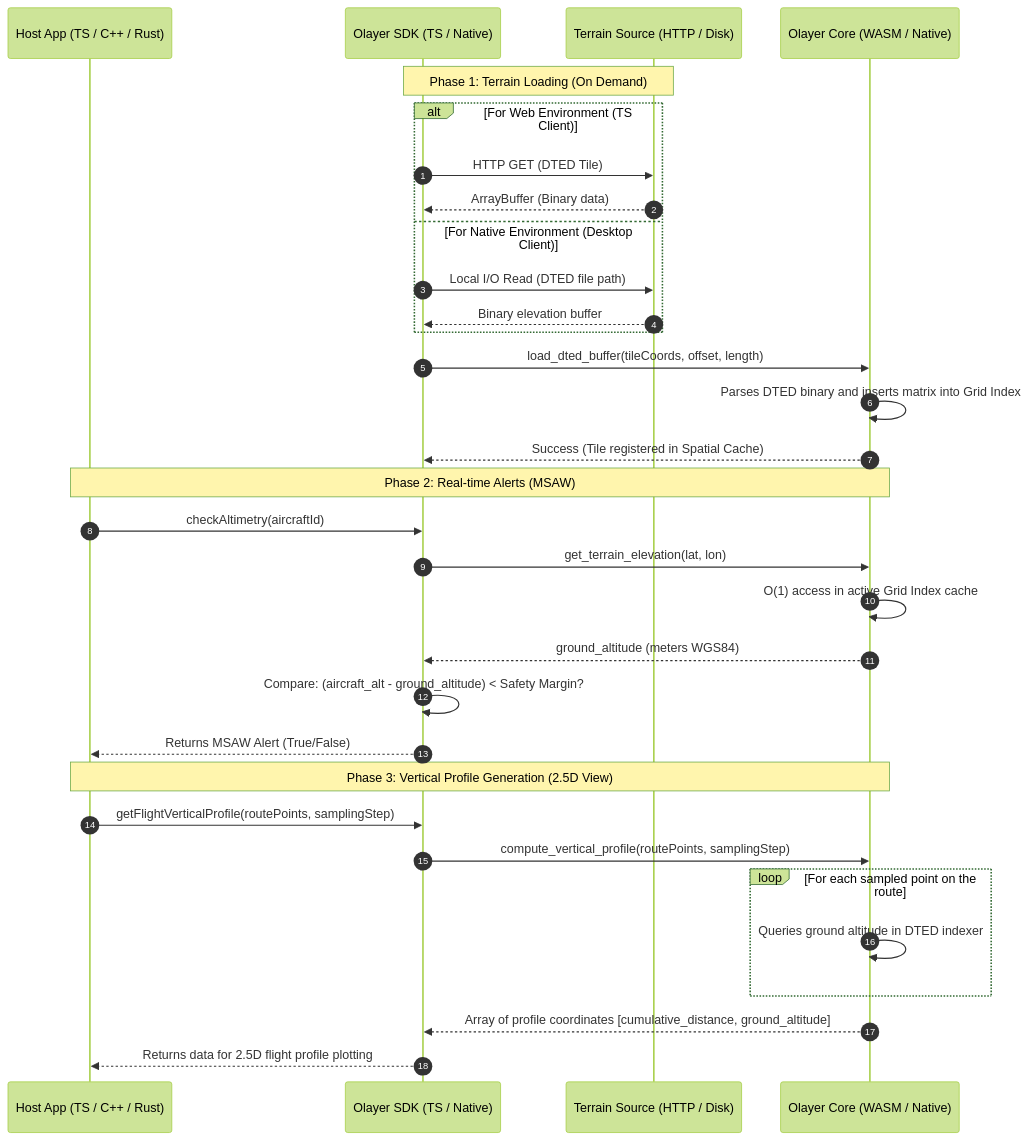
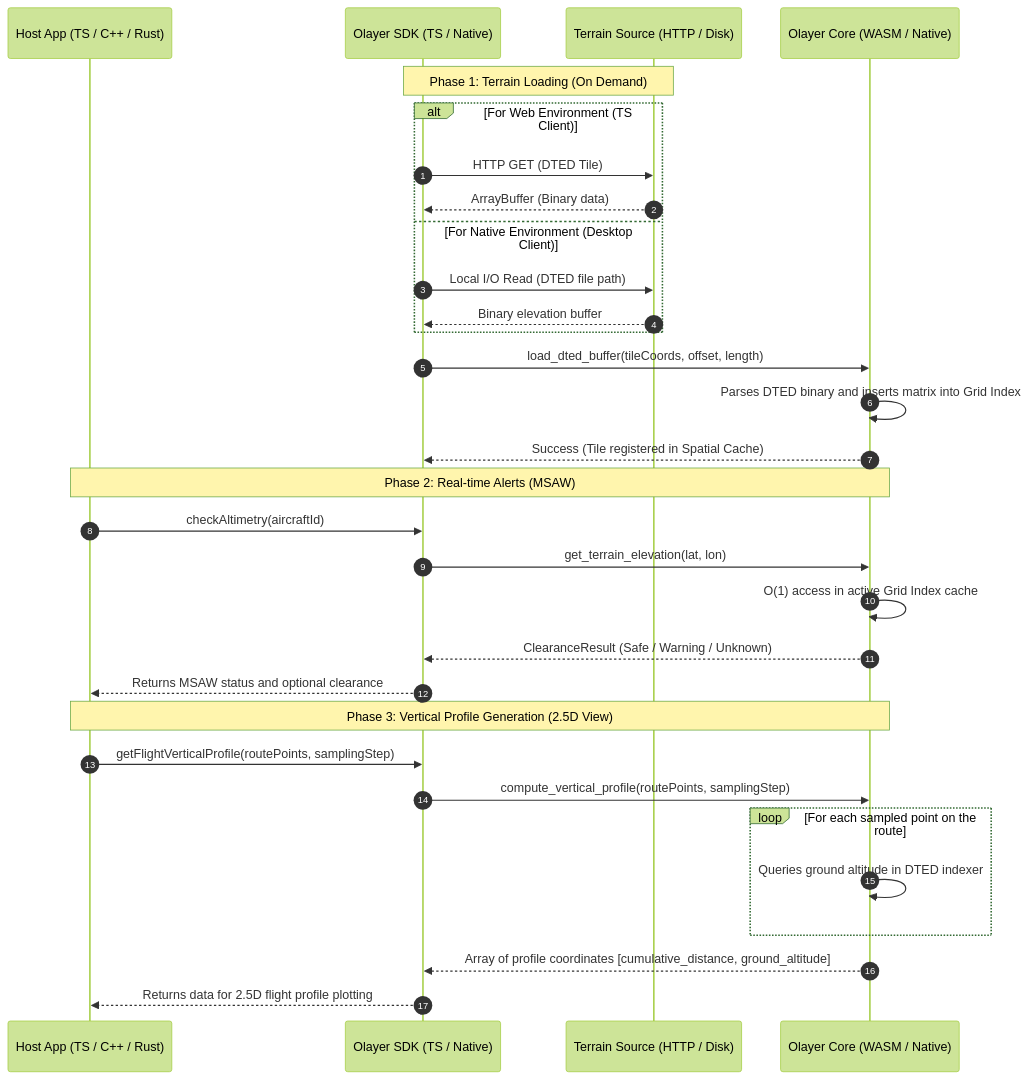
Before and after one commit to rodoni/olayer: the fifth of 5 diagrams in docs/arch.md, drawn with Mermaid (forest theme). The commit also changed other lines of this file and 15 other files, not shown here.

Commit message:
docs: synchronize current APIs and architecture

````diff
--- a/docs/arch.md
+++ b/docs/arch.md
@@ -296,37 +296,36 @@
 ```mermaid
 sequenceDiagram
     autonumber
     participant Host as Host App (TS / C++ / Rust)
     participant SDK as Olayer SDK (TS / Native)
     participant Source as Terrain Source (HTTP / Disk)
     participant Core as Olayer Core (WASM / Native)
 
     Note over SDK, Source: Phase 1: Terrain Loading (On Demand)
     alt For Web Environment (TS Client)
         SDK->>Source: HTTP GET (DTED Tile)
         Source-->>SDK: ArrayBuffer (Binary data)
     else For Native Environment (Desktop Client)
         SDK->>Source: Local I/O Read (DTED file path)
         Source-->>SDK: Binary elevation buffer
     end
     SDK->>Core: load_dted_buffer(tileCoords, offset, length)
     Core->>Core: Parses DTED binary and inserts matrix into Grid Index
     Core-->>SDK: Success (Tile registered in Spatial Cache)
 
     Note over Host, Core: Phase 2: Real-time Alerts (MSAW)
     Host->>SDK: checkAltimetry(aircraftId)
     SDK->>Core: get_terrain_elevation(lat, lon)
     Core->>Core: O(1) access in active Grid Index cache
-    Core-->>SDK: ground_altitude (meters WGS84)
-    SDK->>SDK: Compare: (aircraft_alt - ground_altitude) < Safety Margin?
-    SDK-->>Host: Returns MSAW Alert (True/False)
+     Core-->>SDK: ClearanceResult (Safe / Warning / Unknown)
+     SDK-->>Host: Returns MSAW status and optional clearance
 
     Note over Host, Core: Phase 3: Vertical Profile Generation (2.5D View)
     Host->>SDK: getFlightVerticalProfile(routePoints, samplingStep)
     SDK->>Core: compute_vertical_profile(routePoints, samplingStep)
     loop For each sampled point on the route
         Core->>Core: Queries ground altitude in DTED indexer
     end
     Core-->>SDK: Array of profile coordinates [cumulative_distance, ground_altitude]
     SDK-->>Host: Returns data for 2.5D flight profile plotting
 ```
````
